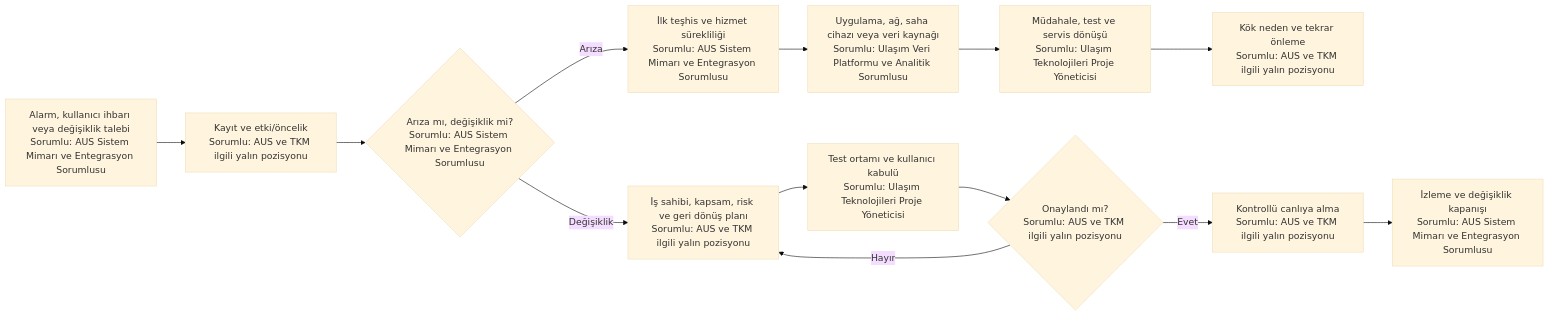
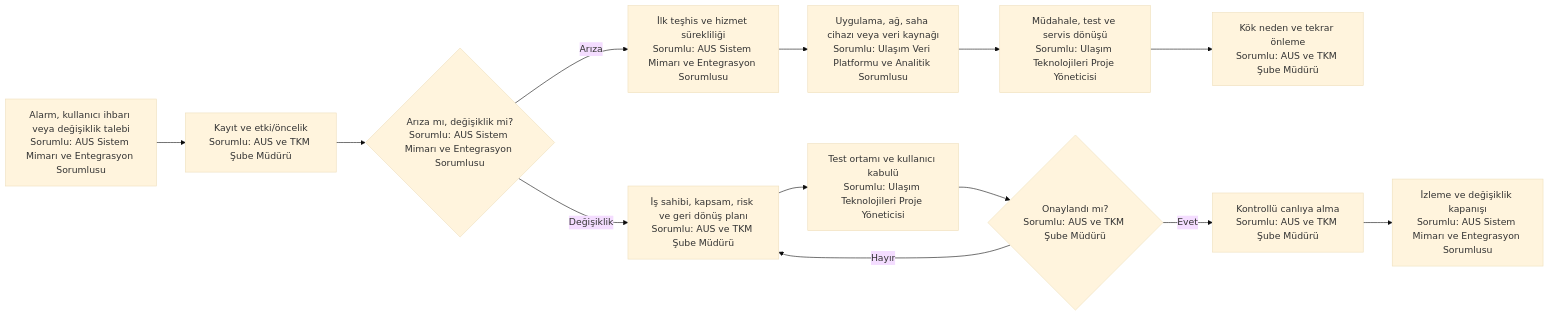
The fifth of 5 diagrams in 11_yalin_surec_haritalari_sorumlulari_belirtilmis/akilli_ulasim/README.md (merdaergen-create/Ulasim_Dairesi_Is_Analizi), drawn with Mermaid (base theme) before and after one commit. The commit also changed other lines of this file and 9 other files, not shown here.

Commit message:
Yalın süreç haritalarını koruyarak kesin sorumlu pozisyonları ekle

````diff
--- a/11_yalin_surec_haritalari_sorumlulari_belirtilmis/akilli_ulasim/README.md
+++ b/11_yalin_surec_haritalari_sorumlulari_belirtilmis/akilli_ulasim/README.md
@@ -145,15 +145,15 @@
 ```mermaid
 flowchart LR
-    A[Alarm, kullanıcı ihbarı veya değişiklik talebi<br/>Sorumlu: AUS Sistem Mimarı ve Entegrasyon Sorumlusu] --> B[Kayıt ve etki/öncelik<br/>Sorumlu: AUS ve TKM ilgili yalın pozisyonu]
+    A[Alarm, kullanıcı ihbarı veya değişiklik talebi<br/>Sorumlu: AUS Sistem Mimarı ve Entegrasyon Sorumlusu] --> B[Kayıt ve etki/öncelik<br/>Sorumlu: AUS ve TKM Şube Müdürü]
     B --> C{Arıza mı, değişiklik mi?<br/>Sorumlu: AUS Sistem Mimarı ve Entegrasyon Sorumlusu}
     C -- Arıza --> D[İlk teşhis ve hizmet sürekliliği<br/>Sorumlu: AUS Sistem Mimarı ve Entegrasyon Sorumlusu]
     D --> E[Uygulama, ağ, saha cihazı veya veri kaynağı<br/>Sorumlu: Ulaşım Veri Platformu ve Analitik Sorumlusu]
     E --> F[Müdahale, test ve servis dönüşü<br/>Sorumlu: Ulaşım Teknolojileri Proje Yöneticisi]
-    F --> G[Kök neden ve tekrar önleme<br/>Sorumlu: AUS ve TKM ilgili yalın pozisyonu]
-    C -- Değişiklik --> H[İş sahibi, kapsam, risk ve geri dönüş planı<br/>Sorumlu: AUS ve TKM ilgili yalın pozisyonu]
+    F --> G[Kök neden ve tekrar önleme<br/>Sorumlu: AUS ve TKM Şube Müdürü]
+    C -- Değişiklik --> H[İş sahibi, kapsam, risk ve geri dönüş planı<br/>Sorumlu: AUS ve TKM Şube Müdürü]
     H --> I[Test ortamı ve kullanıcı kabulü<br/>Sorumlu: Ulaşım Teknolojileri Proje Yöneticisi]
-    I --> J{Onaylandı mı?<br/>Sorumlu: AUS ve TKM ilgili yalın pozisyonu}
+    I --> J{Onaylandı mı?<br/>Sorumlu: AUS ve TKM Şube Müdürü}
     J -- Hayır --> H
-    J -- Evet --> K[Kontrollü canlıya alma<br/>Sorumlu: AUS ve TKM ilgili yalın pozisyonu]
+    J -- Evet --> K[Kontrollü canlıya alma<br/>Sorumlu: AUS ve TKM Şube Müdürü]
     K --> L[İzleme ve değişiklik kapanışı<br/>Sorumlu: AUS Sistem Mimarı ve Entegrasyon Sorumlusu]
 ```
````
